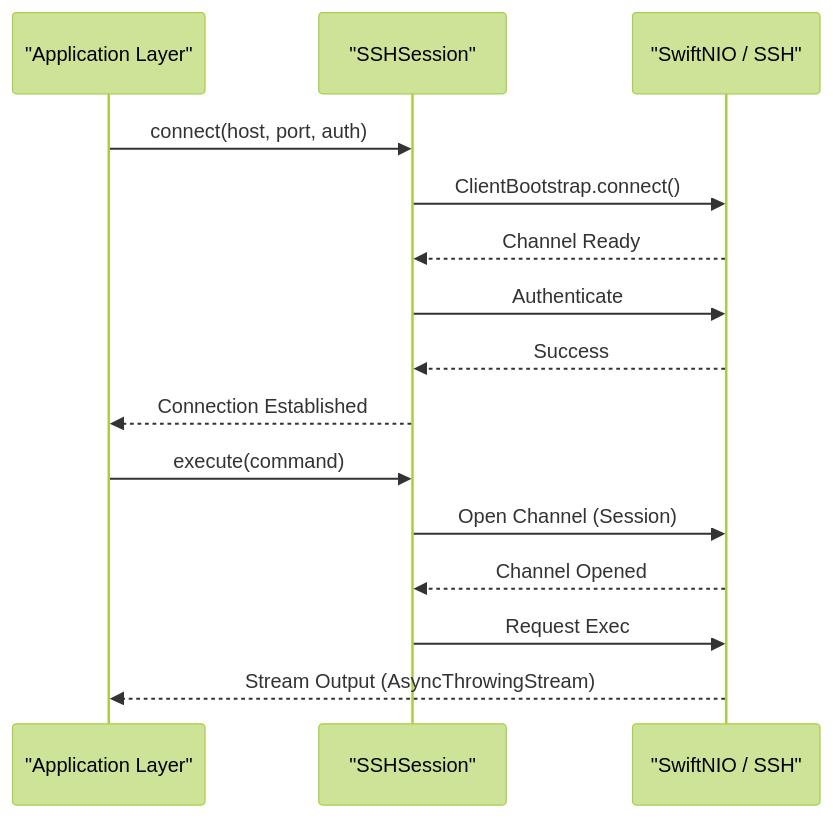
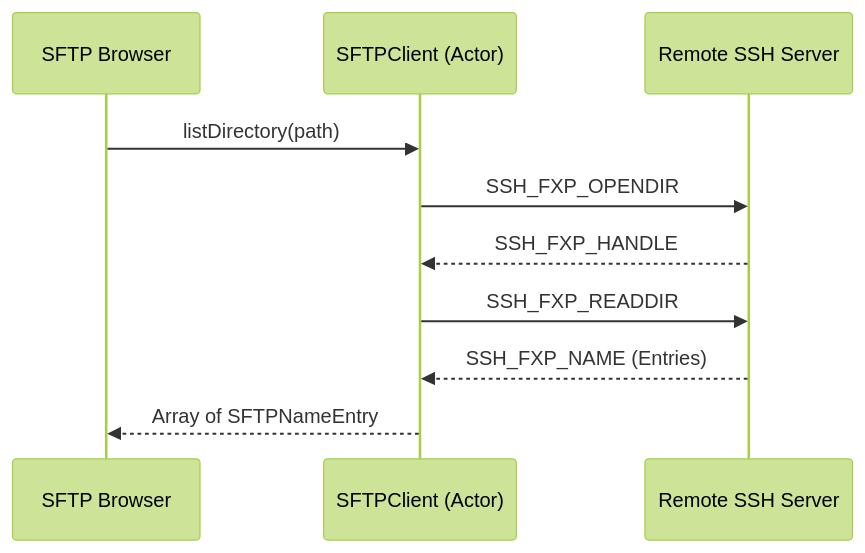
Before and after one commit to blixten85/bastion: the second of 2 diagrams in .cubic/wiki/03-core-features/01-ssh-engine.md, drawn with Mermaid (forest theme). The commit also changed other lines of this file and 49 other files, not shown here.

````diff
--- a/.cubic/wiki/03-core-features/01-ssh-engine.md
+++ b/.cubic/wiki/03-core-features/01-ssh-engine.md
@@ -71,19 +72,12 @@
 ```mermaid
 sequenceDiagram
-    participant App as "Application Layer"
-    participant Sess as "SSHSession"
-    participant NIO as "SwiftNIO / SSH"
-    
-    App->>Sess: connect(host, port, auth)
-    Sess->>NIO: ClientBootstrap.connect()
-    NIO-->>Sess: Channel Ready
-    Sess->>NIO: Authenticate
-    NIO-->>Sess: Success
-    Sess-->>App: Connection Established
-    
-    App->>Sess: execute(command)
-    Sess->>NIO: Open Channel (Session)
-    NIO-->>Sess: Channel Opened
-    Sess->>NIO: Request Exec
-    NIO-->>App: Stream Output (AsyncThrowingStream)
+    participant UI as SFTP Browser
+    participant Client as SFTPClient (Actor)
+    participant Srv as Remote SSH Server
+    UI->>Client: listDirectory(path)
+    Client->>Srv: SSH_FXP_OPENDIR
+    Srv-->>Client: SSH_FXP_HANDLE
+    Client->>Srv: SSH_FXP_READDIR
+    Srv-->>Client: SSH_FXP_NAME (Entries)
+    Client-->>UI: Array of SFTPNameEntry
 ```
````
